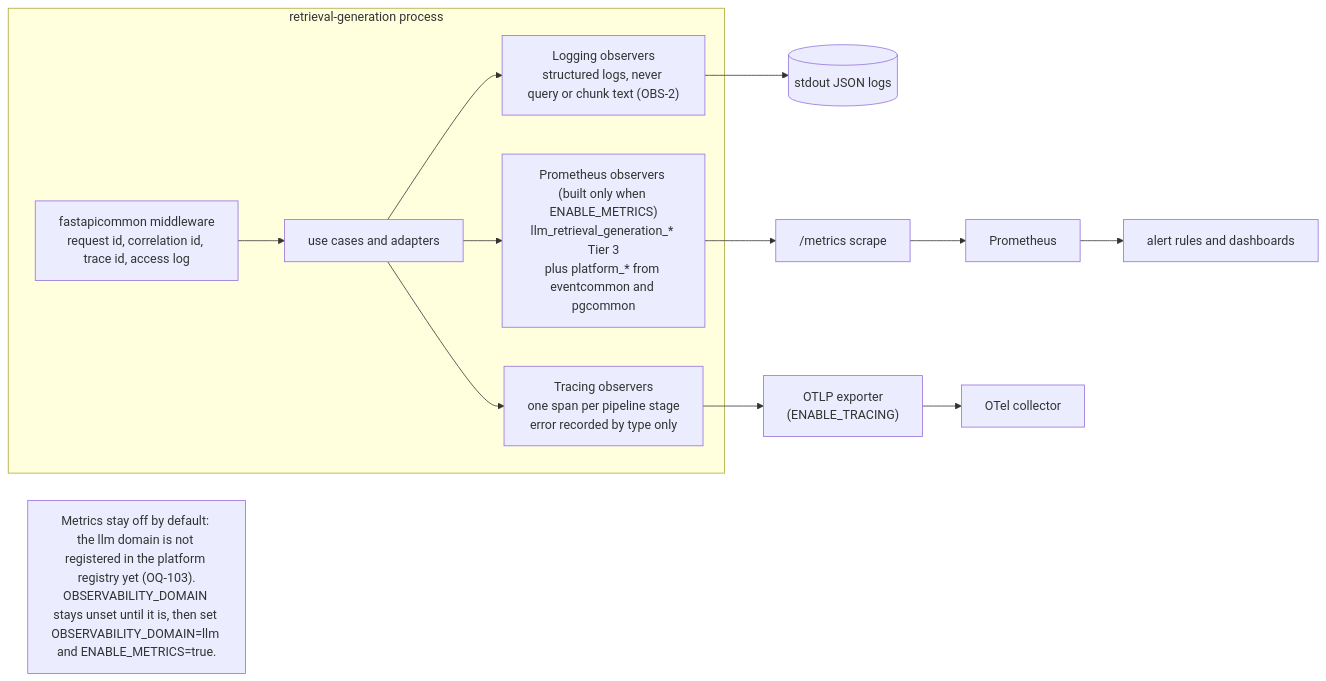
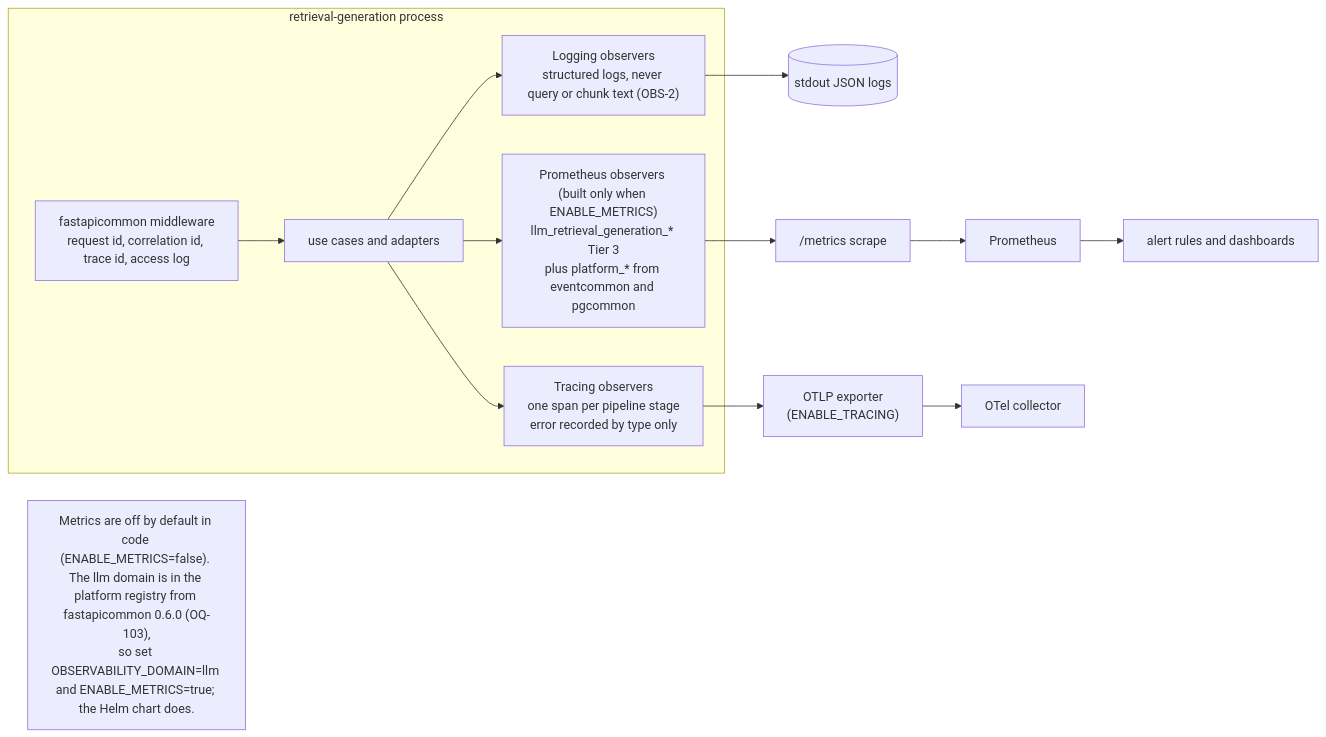
Before and after one commit to BCBP-SOLUTIONS-FZC-LLC/llm-retrieval-generation: the ninth of 10 diagrams in ARCHITECTURE.md, drawn with Mermaid. The commit also changed other lines of this file and 23 other files, not shown here.

First line of the commit message:
feat: fastapicommon 0.6.0, the llm metrics domain, and the docs that called it blocked (#11)

````diff
--- a/ARCHITECTURE.md
+++ b/ARCHITECTURE.md
@@ -464,23 +464,23 @@
 ```mermaid
 flowchart LR
     subgraph svc["retrieval-generation process"]
         mw["fastapicommon middleware\nrequest id, correlation id, trace id, access log"]
         uc["use cases and adapters"]
         lo["Logging observers\nstructured logs, never query or chunk text (OBS-2)"]
         tr["Tracing observers\none span per pipeline stage\nerror recorded by type only"]
         pm["Prometheus observers (built only when ENABLE_METRICS)\nllm_retrieval_generation_* Tier 3\nplus platform_* from eventcommon and pgcommon"]
     end
 
     mw --> uc
     uc --> lo
     uc --> tr
     uc --> pm
     lo --> stdout[("stdout JSON logs")]
     tr --> otel["OTLP exporter\n(ENABLE_TRACING)"]
     pm --> metrics["/metrics scrape"]
     metrics --> prom["Prometheus"]
     otel --> collector["OTel collector"]
     prom --> alerts["alert rules and dashboards"]
 
-    gap["Metrics stay off by default: the llm domain is not registered in the platform registry yet (OQ-103).\nOBSERVABILITY_DOMAIN stays unset until it is, then set OBSERVABILITY_DOMAIN=llm and ENABLE_METRICS=true."]
+    gap["Metrics are off by default in code (ENABLE_METRICS=false). The llm domain is in the platform registry from fastapicommon 0.6.0 (OQ-103),\nso set OBSERVABILITY_DOMAIN=llm and ENABLE_METRICS=true; the Helm chart does."]
 ```
````
